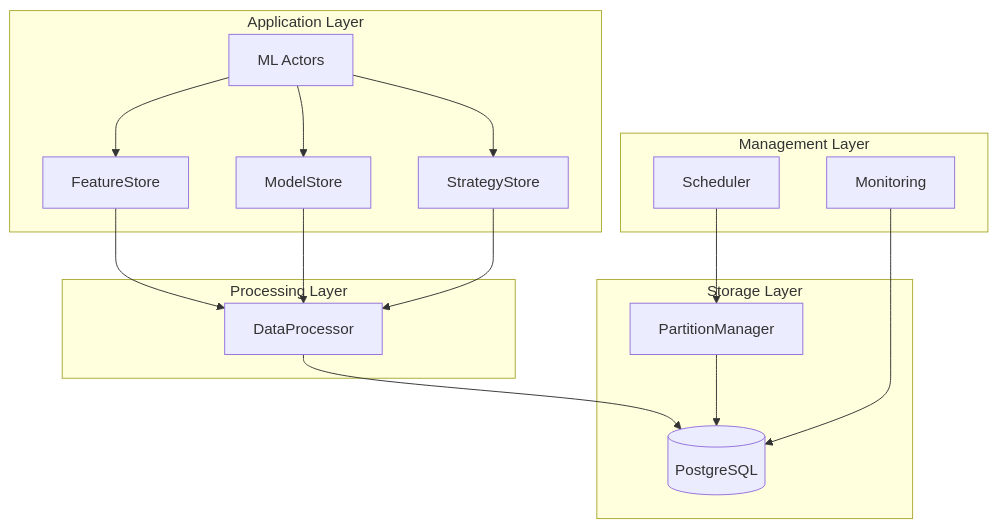
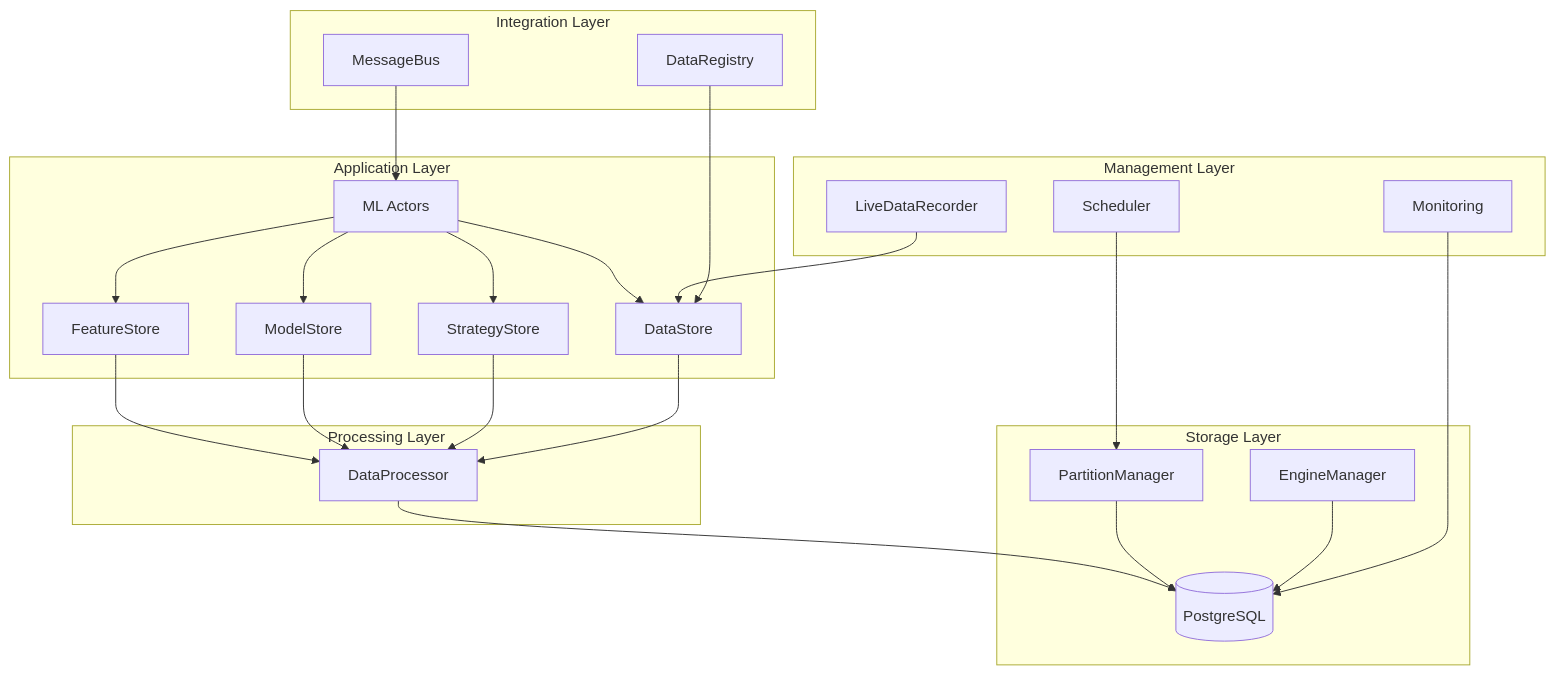
One commit to repengine/nautilus_trader changed the diagram in ml/docs/context/context_stores.md. Above: the diagram before and after it, drawn with Mermaid. The commit also changed other lines of this file and 97 other files, not shown here.

````diff
--- a/ml/docs/context/context_stores.md
+++ b/ml/docs/context/context_stores.md
@@ -825,24 +988,33 @@
 ```mermaid
 graph TB
     subgraph "Application Layer"
         MA[ML Actors] --> FS[FeatureStore]
         MA --> MS[ModelStore]
         MA --> SS[StrategyStore]
+        MA --> DS[DataStore]
     end
 
     subgraph "Processing Layer"
         FS --> DP[DataProcessor]
         MS --> DP
         SS --> DP
+        DS --> DP
     end
 
     subgraph "Storage Layer"
         DP --> PG[(PostgreSQL)]
         PM[PartitionManager] --> PG
+        EM[EngineManager] --> PG
     end
 
     subgraph "Management Layer"
         SC[Scheduler] --> PM
         MON[Monitoring] --> PG
+        LDR[LiveDataRecorder] --> DS
+    end
+
+    subgraph "Integration Layer"
+        MB[MessageBus] --> MA
+        DR[DataRegistry] --> DS
     end
 ```
````
